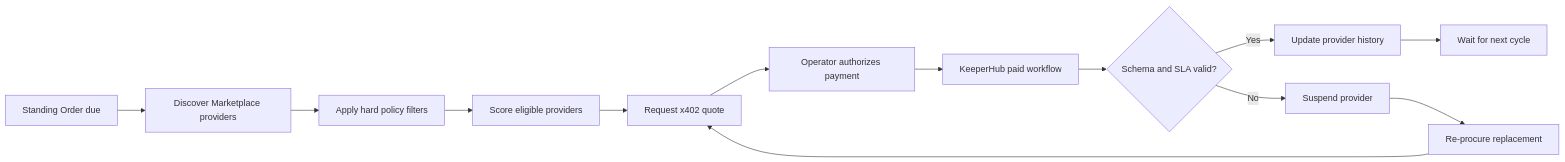
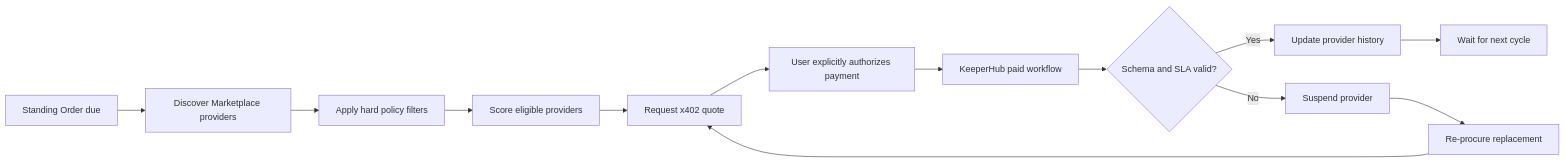
One commit to karagozemin/ReSource changed the first of 3 diagrams in README.md. Above: the diagram before and after it, drawn with Mermaid. The commit also changed other lines of this file and 1 other file, not shown here.

````diff
--- a/README.md
+++ b/README.md
@@ -39,15 +39,15 @@
 ```mermaid
 flowchart LR
     SO[Standing Order due] --> D[Discover Marketplace providers]
     D --> P[Apply hard policy filters]
     P --> S[Score eligible providers]
     S --> Q[Request x402 quote]
-    Q --> A[Operator authorizes payment]
+    Q --> A[User explicitly authorizes payment]
     A --> K[KeeperHub paid workflow]
     K --> V{Schema and SLA valid?}
     V -->|Yes| H[Update provider history]
     V -->|No| F[Suspend provider]
     H --> N[Wait for next cycle]
     F --> R[Re-procure replacement]
     R --> Q
 ```
````
